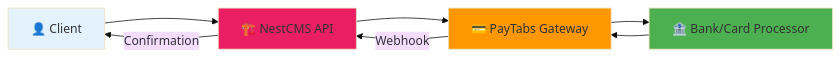
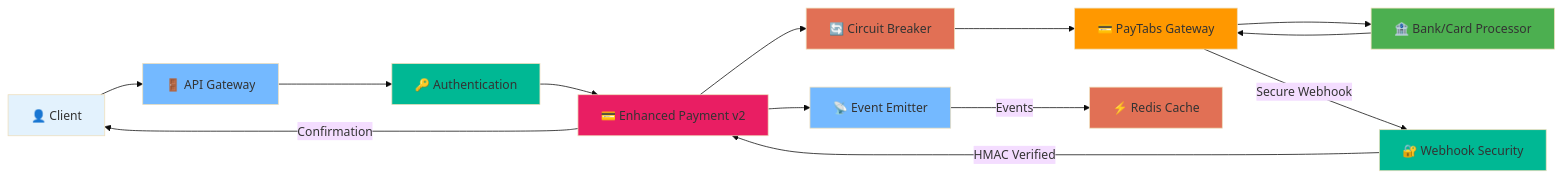
One commit to abdoElHodaky/Nestcms changed the first of 3 diagrams in README.md. Above: the diagram before and after it, drawn with Mermaid (base theme). The commit also changed other lines of this file and 2 other files, not shown here.

````diff
--- a/README.md
+++ b/README.md
@@ -381,14 +389,26 @@
 ```mermaid
 graph LR
-    Client[👤 Client] --> NestCMS[🏗️ NestCMS API]
-    NestCMS --> PayTabs[💳 PayTabs Gateway]
+    Client[👤 Client] --> API[🚪 API Gateway]
+    API --> Auth[🔑 Authentication]
+    Auth --> PayV2[💳 Enhanced Payment v2]
+    PayV2 --> CB[🔄 Circuit Breaker]
+    CB --> PayTabs[💳 PayTabs Gateway]
     PayTabs --> Bank[🏦 Bank/Card Processor]
     Bank --> PayTabs
-    PayTabs --> |Webhook| NestCMS
-    NestCMS --> |Confirmation| Client
+    PayTabs --> |Secure Webhook| WS[🔐 Webhook Security]
+    WS --> |HMAC Verified| PayV2
+    PayV2 --> EE[📡 Event Emitter]
+    EE --> |Events| Cache[⚡ Redis Cache]
+    PayV2 --> |Confirmation| Client
     
     style Client fill:#e3f2fd
-    style NestCMS fill:#e91e63
+    style API fill:#74b9ff
+    style Auth fill:#00b894
+    style PayV2 fill:#e91e63
+    style CB fill:#e17055
     style PayTabs fill:#ff9800
     style Bank fill:#4caf50
+    style WS fill:#00b894
+    style EE fill:#74b9ff
+    style Cache fill:#e17055
 ```
````
